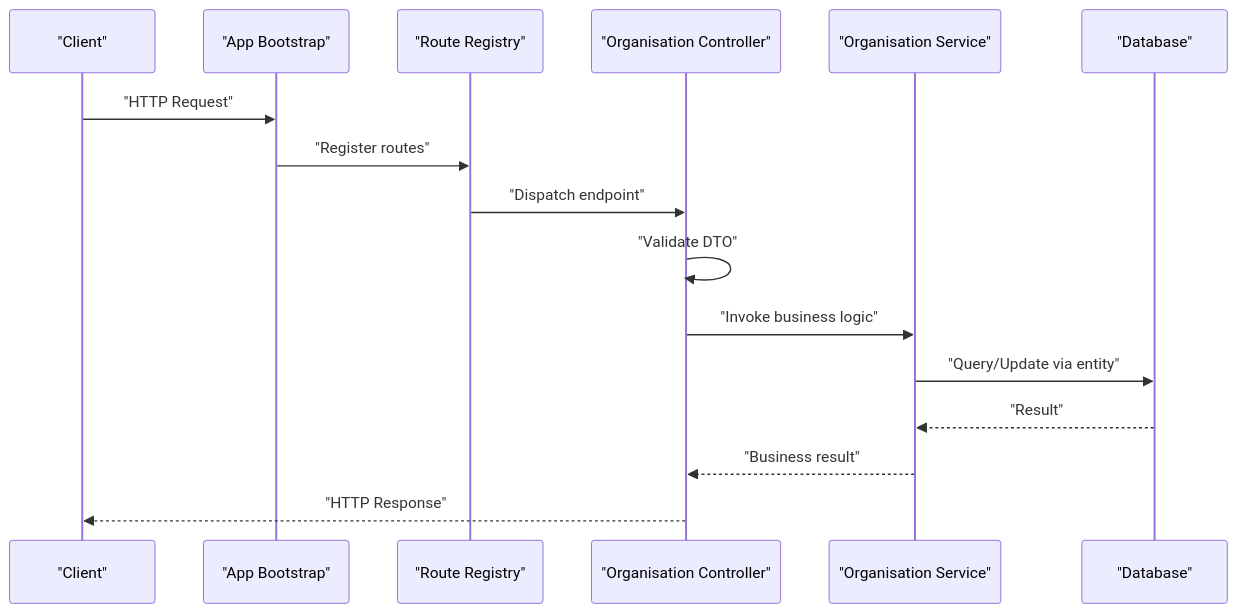
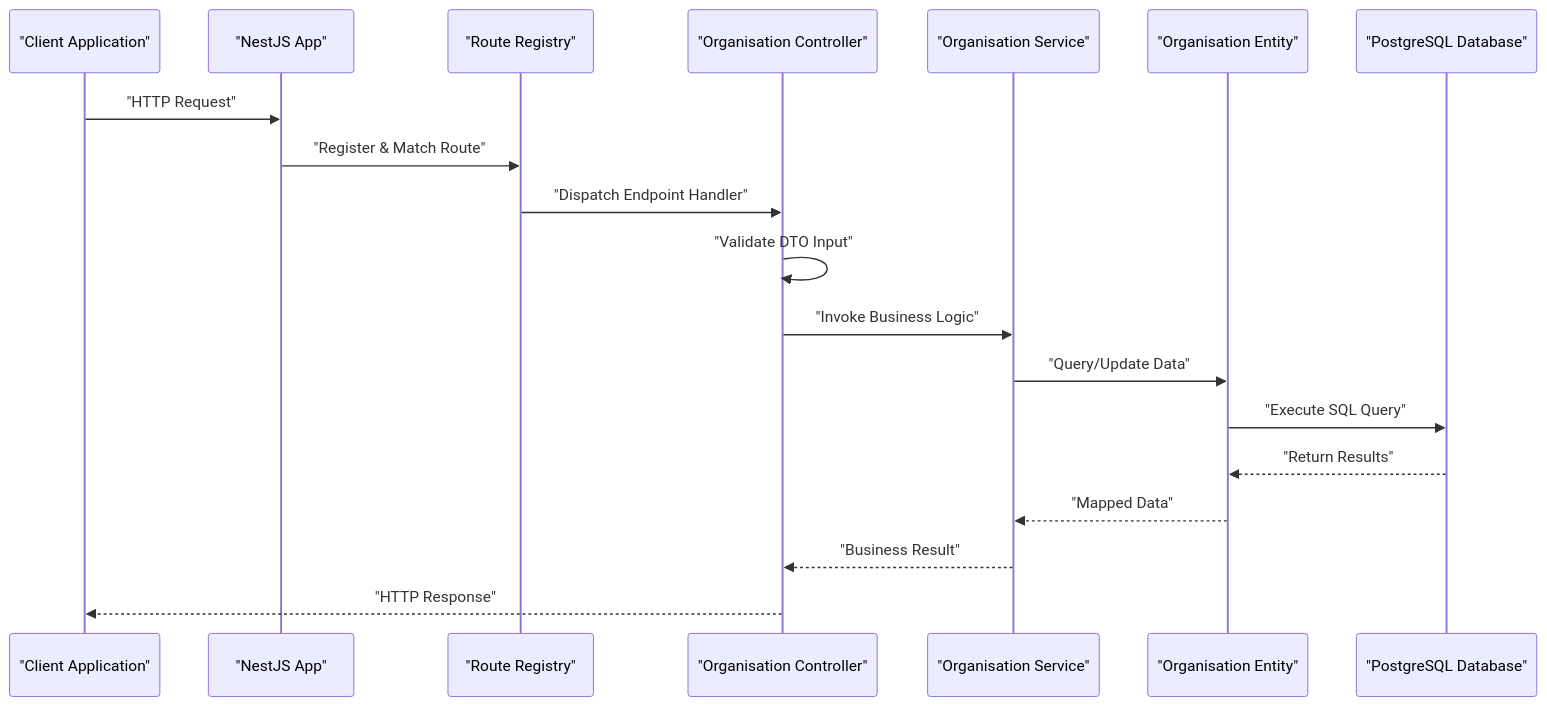
The second of 4 diagrams in .qoder/repowiki/en/content/Human Resources Management/Organization Module Architecture.md (franckylab/eLISAschool), drawn with Mermaid before and after one commit. The commit also changed other lines of this file and 19 other files, not shown here.

````diff
--- a/.qoder/repowiki/en/content/Human Resources Management/Organization Module Architecture.md
+++ b/.qoder/repowiki/en/content/Human Resources Management/Organization Module Architecture.md
@@ -96,18 +132,21 @@
 ```mermaid
 sequenceDiagram
-participant Client as "Client"
-participant App as "App Bootstrap"
+participant Client as "Client Application"
+participant App as "NestJS App"
 participant Router as "Route Registry"
 participant Controller as "Organisation Controller"
 participant Service as "Organisation Service"
-participant DB as "Database"
+participant Entity as "Organisation Entity"
+participant DB as "PostgreSQL Database"
 Client->>App : "HTTP Request"
-App->>Router : "Register routes"
-Router->>Controller : "Dispatch endpoint"
-Controller->>Controller : "Validate DTO"
-Controller->>Service : "Invoke business logic"
-Service->>DB : "Query/Update via entity"
-DB-->>Service : "Result"
-Service-->>Controller : "Business result"
+App->>Router : "Register & Match Route"
+Router->>Controller : "Dispatch Endpoint Handler"
+Controller->>Controller : "Validate DTO Input"
+Controller->>Service : "Invoke Business Logic"
+Service->>Entity : "Query/Update Data"
+Entity->>DB : "Execute SQL Query"
+DB-->>Entity : "Return Results"
+Entity-->>Service : "Mapped Data"
+Service-->>Controller : "Business Result"
 Controller-->>Client : "HTTP Response"
 ```
````
